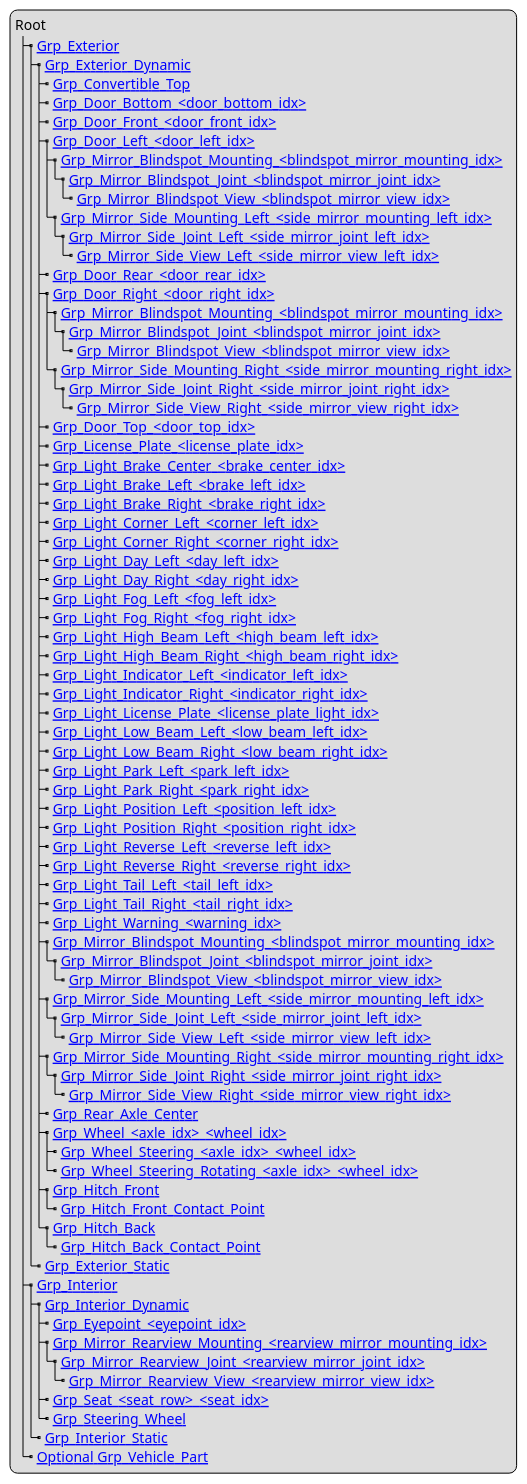
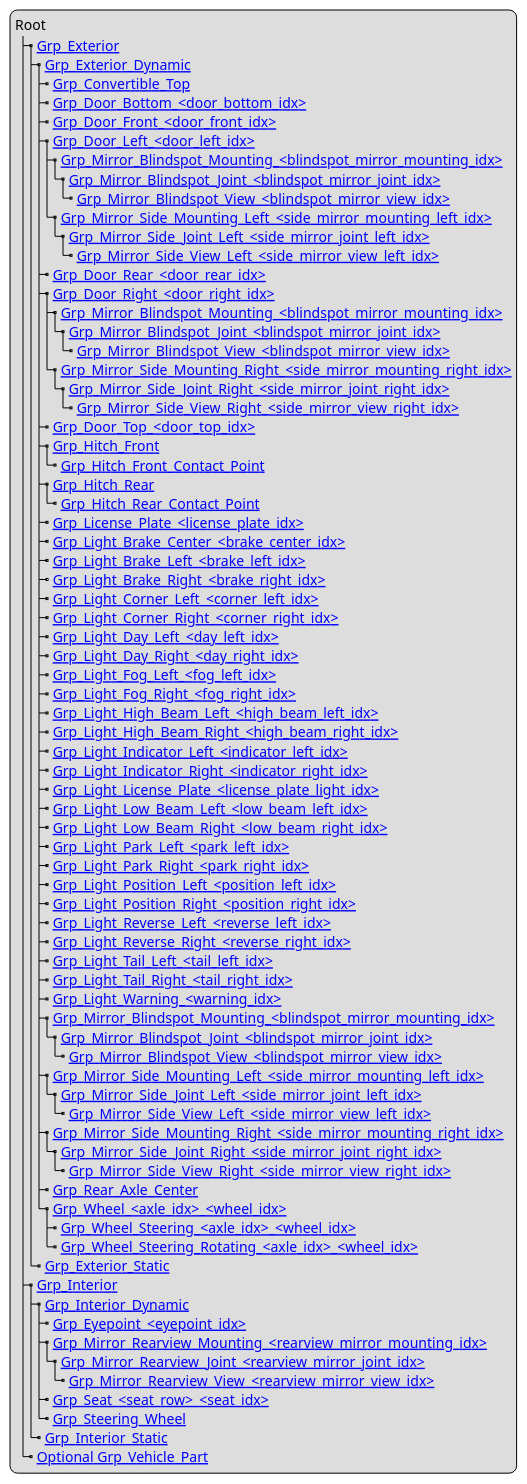
Before and after one commit to asam-ev/OpenMATERIAL: the diagram in content/geometry/object-vehicle/vehicle-structure.adoc, drawn with PlantUML. The commit also changed other lines of this file, not shown here.

```diff
--- a/content/geometry/object-vehicle/vehicle-structure.adoc
+++ b/content/geometry/object-vehicle/vehicle-structure.adoc
@@ -9,81 +9,81 @@
 [plantuml]
 ----
 legend
 Root
 |_ [[../geometry/object-classes.html#_grp_exterior Grp_Exterior]]
   |_ [[../geometry/object-classes.html#_grp_exterior_dynamic Grp_Exterior_Dynamic]]
     |_ [[../geometry/object-classes.html#_grp_convertible_top Grp_Convertible_Top]]
     |_ [[../geometry/object-classes.html#_grp_door_bottom_door_bottom_idx Grp_Door_Bottom_<door_bottom_idx>]]
     |_ [[../geometry/object-classes.html#_grp_door_front_door_front_idx Grp_Door_Front_<door_front_idx>]]
     |_ [[../geometry/object-classes.html#_grp_door_left_door_left_idx Grp_Door_Left_<door_left_idx>]]
       |_ [[../geometry/object-classes.html#_grp_mirror_blindspot_mounting_blindspot_mirror_mounting_idx Grp_Mirror_Blindspot_Mounting_<blindspot_mirror_mounting_idx>]]
         |_ [[../geometry/object-classes.html#_grp_mirror_blindspot_joint_blindspot_mirror_joint_idx Grp_Mirror_Blindspot_Joint_<blindspot_mirror_joint_idx>]]
           |_ [[../geometry/object-classes.html#_grp_mirror_blindspot_view_blindspot_mirror_view_idx Grp_Mirror_Blindspot_View_<blindspot_mirror_view_idx>]]
       |_ [[../geometry/object-classes.html#_grp_mirror_side_mounting_left_side_mirror_mounting_left_idx Grp_Mirror_Side_Mounting_Left_<side_mirror_mounting_left_idx>]]
         |_ [[../geometry/object-classes.html#_grp_mirror_side_joint_left_side_mirror_joint_left_idx Grp_Mirror_Side_Joint_Left_<side_mirror_joint_left_idx> ]]
           |_ [[../geometry/object-classes.html#_grp_mirror_side_view_left_side_mirror_view_left_idx Grp_Mirror_Side_View_Left_<side_mirror_view_left_idx> ]]
     |_ [[../geometry/object-classes.html#_grp_door_rear_door_rear_idx Grp_Door_Rear_<door_rear_idx>]]
     |_ [[../geometry/object-classes.html#_grp_door_right_door_right_idx Grp_Door_Right_<door_right_idx>]]
       |_ [[../geometry/object-classes.html#_grp_mirror_blindspot_mounting_blindspot_mirror_mounting_idx Grp_Mirror_Blindspot_Mounting_<blindspot_mirror_mounting_idx>]]
         |_ [[../geometry/object-classes.html#_grp_mirror_blindspot_joint_blindspot_mirror_joint_idx Grp_Mirror_Blindspot_Joint_<blindspot_mirror_joint_idx>]]
           |_ [[../geometry/object-classes.html#_grp_mirror_blindspot_view_blindspot_mirror_view_idx Grp_Mirror_Blindspot_View_<blindspot_mirror_view_idx>]]
       |_ [[../geometry/object-classes.html#_grp_mirror_side_mounting_right_side_mirror_mounting_right_idx Grp_Mirror_Side_Mounting_Right_<side_mirror_mounting_right_idx>]]
         |_ [[../geometry/object-classes.html#_grp_mirror_side_joint_right_side_mirror_joint_right_idx Grp_Mirror_Side_Joint_Right_<side_mirror_joint_right_idx> ]]
           |_ [[../geometry/object-classes.html#_grp_mirror_side_view_right_side_mirror_view_right_idx Grp_Mirror_Side_View_Right_<side_mirror_view_right_idx> ]]
     |_ [[../geometry/object-classes.html#_grp_door_top_door_top_idx Grp_Door_Top_<door_top_idx>]]
+    |_ [[../geometry/object-classes.html#_grp_hitch_front Grp_Hitch_Front]]
+      |_ [[../geometry/object-classes.html#_grp_hitch_front_contact_point Grp_Hitch_Front_Contact_Point]]
+    |_ [[../geometry/object-classes.html#_grp_hitch_rear Grp_Hitch_Rear]]
+      |_ [[../geometry/object-classes.html#_grp_hitch_rear_contact_point Grp_Hitch_Rear_Contact_Point]]
     |_ [[../geometry/object-classes.html#_grp_license_plate_license_plate_idx Grp_License_Plate_<license_plate_idx>]]
     |_ [[../geometry/object-classes.html#_grp_light_brake_center_brake_center_idx Grp_Light_Brake_Center_<brake_center_idx>]]
     |_ [[../geometry/object-classes.html#_grp_light_brake_left_brake_left_idx Grp_Light_Brake_Left_<brake_left_idx>]]
     |_ [[../geometry/object-classes.html#_grp_light_brake_right_brake_right_idx Grp_Light_Brake_Right_<brake_right_idx>]]
     |_ [[../geometry/object-classes.html#_grp_light_corner_left_corner_left_idx Grp_Light_Corner_Left_<corner_left_idx>]]
     |_ [[../geometry/object-classes.html#_grp_light_corner_right_corner_right_idx Grp_Light_Corner_Right_<corner_right_idx>]]
     |_ [[../geometry/object-classes.html#_grp_light_day_left_day_left_idx Grp_Light_Day_Left_<day_left_idx>]]
     |_ [[../geometry/object-classes.html#_grp_light_day_right_day_right_idx Grp_Light_Day_Right_<day_right_idx>]]
     |_ [[../geometry/object-classes.html#_grp_light_fog_left_fog_left_idx Grp_Light_Fog_Left_<fog_left_idx>]]
     |_ [[../geometry/object-classes.html#_grp_light_fog_right_fog_right_idx Grp_Light_Fog_Right_<fog_right_idx>]]
     |_ [[../geometry/object-classes.html#_grp_light_high_beam_left_high_beam_left_idx Grp_Light_High_Beam_Left_<high_beam_left_idx>]]
     |_ [[../geometry/object-classes.html#_grp_light_high_beam_right_high_beam_right_idx Grp_Light_High_Beam_Right_<high_beam_right_idx>]]
     |_ [[../geometry/object-classes.html#_grp_light_indicator_left_indicator_left_idx Grp_Light_Indicator_Left_<indicator_left_idx>]]
     |_ [[../geometry/object-classes.html#_grp_light_indicator_right_indicator_right_idx Grp_Light_Indicator_Right_<indicator_right_idx>]]
     |_ [[../geometry/object-classes.html#_grp_light_license_plate_license_plate_light_idx Grp_Light_License_Plate_<license_plate_light_idx>]]
     |_ [[../geometry/object-classes.html#_grp_light_low_beam_left_low_beam_left_idx Grp_Light_Low_Beam_Left_<low_beam_left_idx>]]
     |_ [[../geometry/object-classes.html#_grp_light_low_beam_right_low_beam_right_idx Grp_Light_Low_Beam_Right_<low_beam_right_idx>]]
     |_ [[../geometry/object-classes.html#_grp_light_park_left_park_left_idx Grp_Light_Park_Left_<park_left_idx>]]
     |_ [[../geometry/object-classes.html#_grp_light_park_right_park_right_idx Grp_Light_Park_Right_<park_right_idx> ]]
     |_ [[../geometry/object-classes.html#_grp_light_position_left_position_left_idx Grp_Light_Position_Left_<position_left_idx>]]
     |_ [[../geometry/object-classes.html#_grp_light_position_right_position_right_idx Grp_Light_Position_Right_<position_right_idx>]]
     |_ [[../geometry/object-classes.html#_grp_light_reverse_left_reverse_left_idx Grp_Light_Reverse_Left_<reverse_left_idx>]]
     |_ [[../geometry/object-classes.html#_grp_light_reverse_right_reverse_right_idx Grp_Light_Reverse_Right_<reverse_right_idx>]]
     |_ [[../geometry/object-classes.html#_grp_light_tail_left_tail_left_idx Grp_Light_Tail_Left_<tail_left_idx>]]
     |_ [[../geometry/object-classes.html#_grp_light_tail_right_tail_right_idx Grp_Light_Tail_Right_<tail_right_idx>]]
     |_ [[../geometry/object-classes.html#_grp_light_warning_warning_idx Grp_Light_Warning_<warning_idx>]]
     |_ [[../geometry/object-classes.html#_grp_mirror_blindspot_mounting_blindspot_mirror_mounting_idx Grp_Mirror_Blindspot_Mounting_<blindspot_mirror_mounting_idx>]]
       |_ [[../geometry/object-classes.html#_grp_mirror_blindspot_joint_blindspot_mirror_joint_idx Grp_Mirror_Blindspot_Joint_<blindspot_mirror_joint_idx>]]
         |_ [[../geometry/object-classes.html#_grp_mirror_blindspot_view_blindspot_mirror_view_idx Grp_Mirror_Blindspot_View_<blindspot_mirror_view_idx>]]
     |_ [[../geometry/object-classes.html#_grp_mirror_side_mounting_left_side_mirror_mounting_left_idx Grp_Mirror_Side_Mounting_Left_<side_mirror_mounting_left_idx>]]
       |_ [[../geometry/object-classes.html#_grp_mirror_side_joint_left_side_mirror_joint_left_idx Grp_Mirror_Side_Joint_Left_<side_mirror_joint_left_idx> ]]
         |_ [[../geometry/object-classes.html#_grp_mirror_side_view_left_side_mirror_view_left_idx Grp_Mirror_Side_View_Left_<side_mirror_view_left_idx> ]]
     |_ [[../geometry/object-classes.html#_grp_mirror_side_mounting_right_side_mirror_mounting_right_idx Grp_Mirror_Side_Mounting_Right_<side_mirror_mounting_right_idx>]]
       |_ [[../geometry/object-classes.html#_grp_mirror_side_joint_right_side_mirror_joint_right_idx Grp_Mirror_Side_Joint_Right_<side_mirror_joint_right_idx> ]]
         |_ [[../geometry/object-classes.html#_grp_mirror_side_view_right_side_mirror_view_right_idx Grp_Mirror_Side_View_Right_<side_mirror_view_right_idx> ]]
     |_ [[../geometry/object-classes.html#_grp_rear_axle_center Grp_Rear_Axle_Center]]
     |_ [[../geometry/object-classes.html#_grp_wheel_axle_idx_wheel_idx Grp_Wheel_<axle_idx>_<wheel_idx>]]
       |_ [[../geometry/object-classes.html#_grp_wheel_steering_axle_idx_wheel_idx Grp_Wheel_Steering_<axle_idx>_<wheel_idx>]]
       |_ [[../geometry/object-classes.html#_grp_wheel_steering_rotating_axle_idx_wheel_idx Grp_Wheel_Steering_Rotating_<axle_idx>_<wheel_idx>]]
-    |_ [[../geometry/object-classes.html#_grp_hitch_front Grp_Hitch_Front]]
-      |_ [[../geometry/object-classes.html#_grp_hitch_front_contact_point Grp_Hitch_Front_Contact_Point]]
-    |_ [[../geometry/object-classes.html#_grp_hitch_back Grp_Hitch_Back]]
-      |_ [[../geometry/object-classes.html#_grp_hitch_back_contact_point Grp_Hitch_Back_Contact_Point]]
   |_ [[../geometry/object-classes.html#_grp_exterior_static Grp_Exterior_Static]]  
 |_ [[../geometry/object-classes.html#_grp_interior Grp_Interior]]
   |_ [[../geometry/object-classes.html#_grp_interior_dynamic Grp_Interior_Dynamic]]
     |_ [[../geometry/object-classes.html#_grp_eyepoint_eyepoint_idx Grp_Eyepoint_<eyepoint_idx>]]
     |_ [[../geometry/object-classes.html#_grp_mirror_rearview_mounting_rearview_mirror_mounting_idx Grp_Mirror_Rearview_Mounting_<rearview_mirror_mounting_idx>]]
       |_ [[../geometry/object-classes.html#_grp_mirror_rearview_joint_rearview_mirror_joint_idx Grp_Mirror_Rearview_Joint_<rearview_mirror_joint_idx>]]
         |_ [[../geometry/object-classes.html#_grp_mirror_rearview_view_rearview_mirror_view_idx Grp_Mirror_Rearview_View_<rearview_mirror_view_idx>]]
     |_ [[../geometry/object-classes.html#_grp_seat_seat_row_seat_idx Grp_Seat_<seat_row>_<seat_idx>]]
     |_ [[../geometry/object-classes.html#_grp_steering_wheel Grp_Steering_Wheel]]
   |_ [[../geometry/object-classes.html#_grp_interior_static Grp_Interior_Static]]
 |_ [[../geometry/object-classes.html#_grp_vehicle_part Optional Grp_Vehicle_Part]]
 end legend
 ----
```
